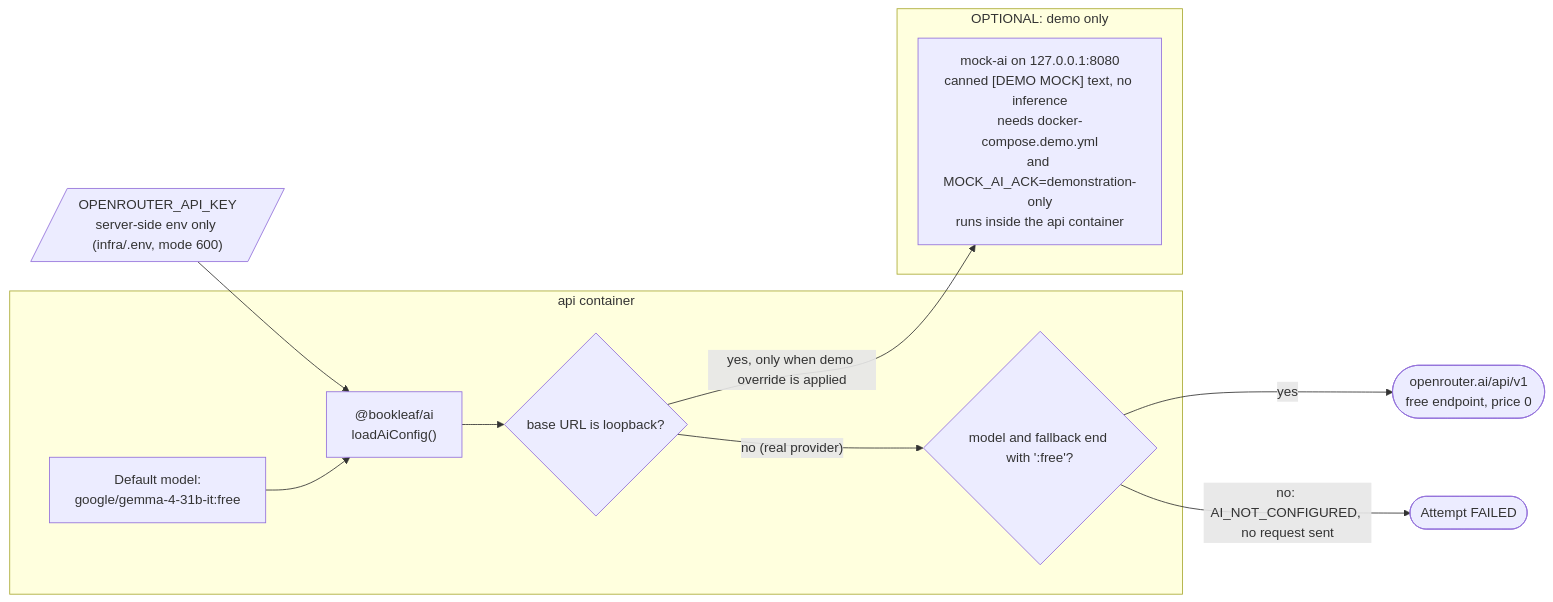
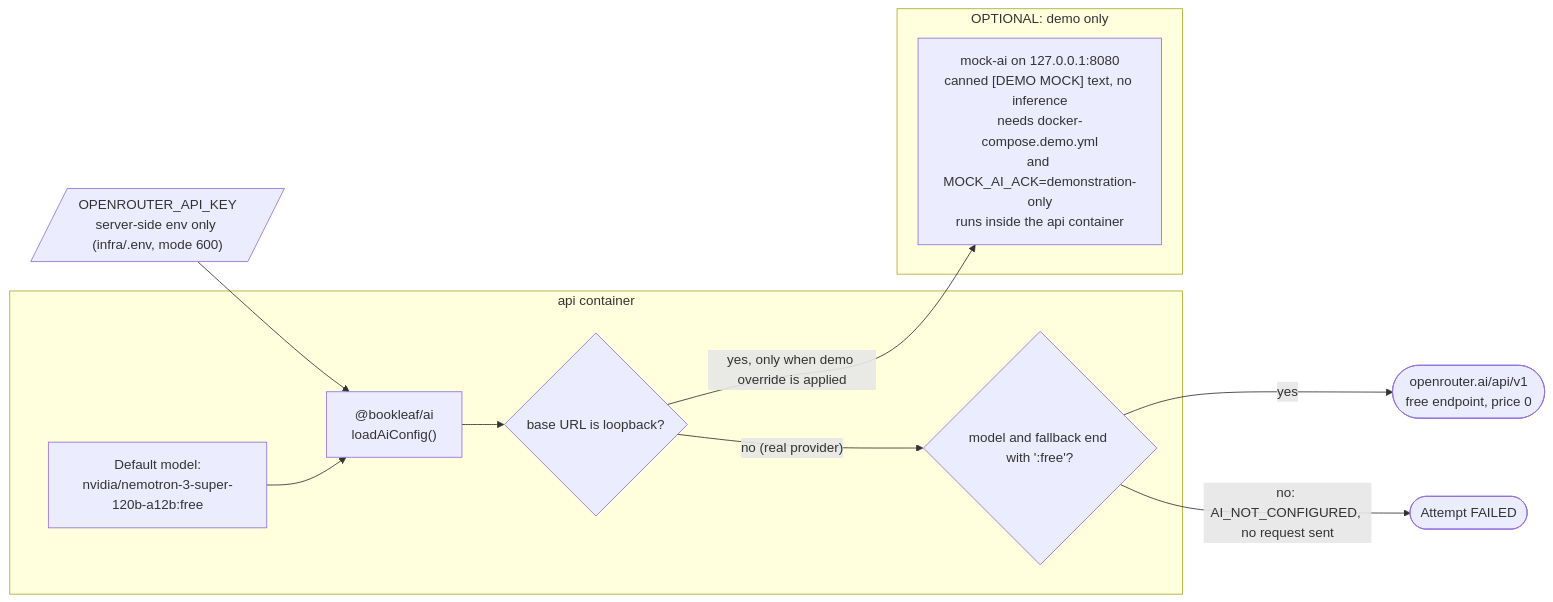
The ninth of 11 diagrams in docs/architecture/13-DFD-UML-SECURITY-BACKUP.md (singhdaksh7/book-leaf__assignment-1), drawn with Mermaid before and after one commit. The commit also changed 17 other files, not shown here.

````diff
--- a/docs/architecture/13-DFD-UML-SECURITY-BACKUP.md
+++ b/docs/architecture/13-DFD-UML-SECURITY-BACKUP.md
@@ -286,22 +286,22 @@
 ```mermaid
 %% file: ai-provider-modes.mmd
 flowchart LR
     subgraph API["api container"]
         SVC["@bookleaf/ai<br/>loadAiConfig()"]
         GUARD{"base URL is loopback?"}
         FREE{"model and fallback end with ':free'?"}
-        DEFAULT["Default model:<br/>google/gemma-4-31b-it:free"]
+        DEFAULT["Default model:<br/>nvidia/nemotron-3-super-120b-a12b:free"]
     end
     KEY[/"OPENROUTER_API_KEY<br/>server-side env only (infra/.env, mode 600)"/]
     OR(["openrouter.ai/api/v1<br/>free endpoint, price 0"])
     subgraph DEMO["OPTIONAL: demo only"]
         MOCK["mock-ai on 127.0.0.1:8080<br/>canned [DEMO MOCK] text, no inference<br/>needs docker-compose.demo.yml<br/>and MOCK_AI_ACK=demonstration-only<br/>runs inside the api container"]
     end
     KEY --> SVC
     DEFAULT --> SVC
     SVC --> GUARD
     GUARD -- "no (real provider)" --> FREE
     FREE -- "yes" --> OR
     FREE -- "no: AI_NOT_CONFIGURED, no request sent" --> STOP(["Attempt FAILED"])
     GUARD -- "yes, only when demo override is applied" --> MOCK
 ```
````
